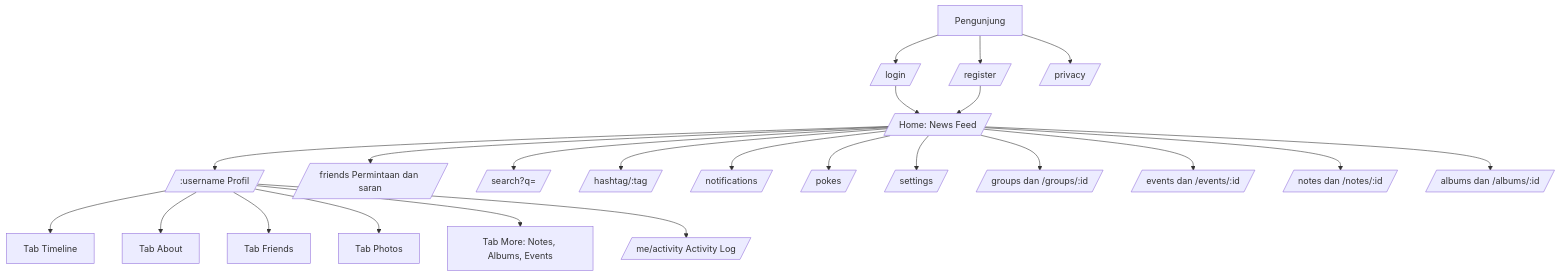
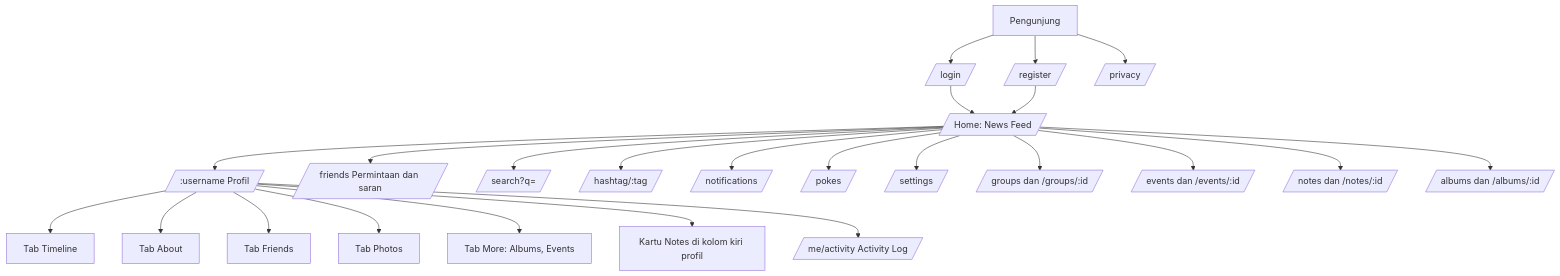
One commit to ganjardbc/retrobook changed the first of 8 diagrams in docs/05-user-flow-sitemap.md. Above: the diagram before and after it, drawn with Mermaid. The commit also changed 7 other files, not shown here.

First line of the commit message:
feat(web): remove Notes profile tab, show Notes card in profile sidebar

````diff
--- a/docs/05-user-flow-sitemap.md
+++ b/docs/05-user-flow-sitemap.md
@@ -9,25 +9,26 @@
 ```mermaid
 flowchart TD
   V[Pengunjung] --> L[/login/]
   V --> R[/register/]
   V --> P[/privacy/]
   L --> H
   R --> H
   H[/ Home: News Feed/] --> PR[/:username Profil/]
   H --> FR[/friends Permintaan dan saran/]
   H --> SE[/search?q=/]
   H --> HT[/hashtag/:tag/]
   H --> NT[/notifications/]
   H --> PK[/pokes/]
   H --> ST[/settings/]
   PR --> PT[Tab Timeline]
   PR --> PA[Tab About]
   PR --> PF[Tab Friends]
   PR --> PH[Tab Photos]
-  PR --> PM[Tab More: Notes, Albums, Events]
+  PR --> PM[Tab More: Albums, Events]
+  PR --> NS[Kartu Notes di kolom kiri profil]
   PR --> AL[/me/activity Activity Log/]
   H --> GR[/groups dan /groups/:id/]
   H --> EV[/events dan /events/:id/]
   H --> NO[/notes dan /notes/:id/]
   H --> AB[/albums dan /albums/:id/]
 ```
````
